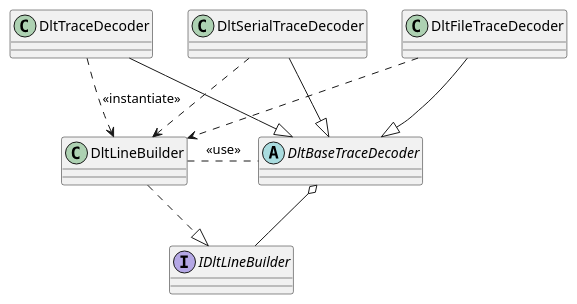
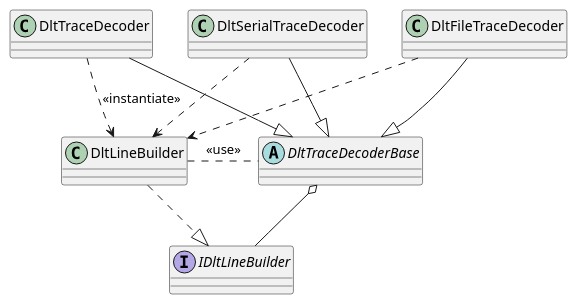
One commit to jcurl/RJCP.DLL.Log changed the diagram in TraceReader.Dlt/docs/diagrams/DLT.DecoderClass.plantuml. Above: the diagram before and after it, drawn with PlantUML. The commit also changed 38 other files, not shown here.

```diff
--- a/TraceReader.Dlt/docs/diagrams/DLT.DecoderClass.plantuml
+++ b/TraceReader.Dlt/docs/diagrams/DLT.DecoderClass.plantuml
@@ -1,21 +1,21 @@
 @startuml DLT.DecoderClass
-abstract class DltBaseTraceDecoder
+abstract class DltTraceDecoderBase
 class DltTraceDecoder
 class DltFileTraceDecoder
 class DltSerialTraceDecoder
 
-DltTraceDecoder -d-|> DltBaseTraceDecoder
-DltFileTraceDecoder -d-|> DltBaseTraceDecoder
-DltSerialTraceDecoder -d-|> DltBaseTraceDecoder
+DltTraceDecoder -d-|> DltTraceDecoderBase
+DltFileTraceDecoder -d-|> DltTraceDecoderBase
+DltSerialTraceDecoder -d-|> DltTraceDecoderBase
 
 interface IDltLineBuilder
 class DltLineBuilder
 
 DltLineBuilder .d.|> IDltLineBuilder
-DltLineBuilder .r. DltBaseTraceDecoder : <<use>>
+DltLineBuilder .r. DltTraceDecoderBase : <<use>>
 
-DltBaseTraceDecoder o-d- IDltLineBuilder
+DltTraceDecoderBase o-d- IDltLineBuilder
 DltTraceDecoder .d.> DltLineBuilder : <<instantiate>>
 DltFileTraceDecoder .d.> DltLineBuilder
 DltSerialTraceDecoder .d.> DltLineBuilder
 @enduml
```
